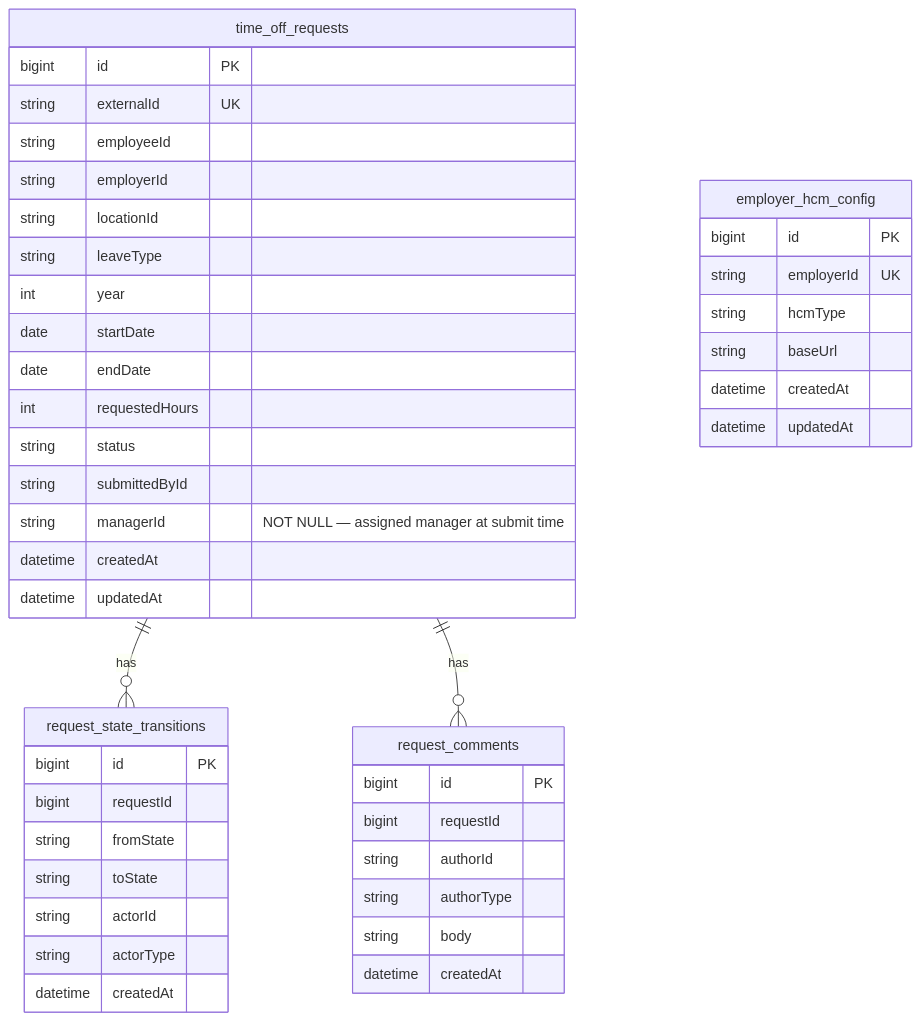
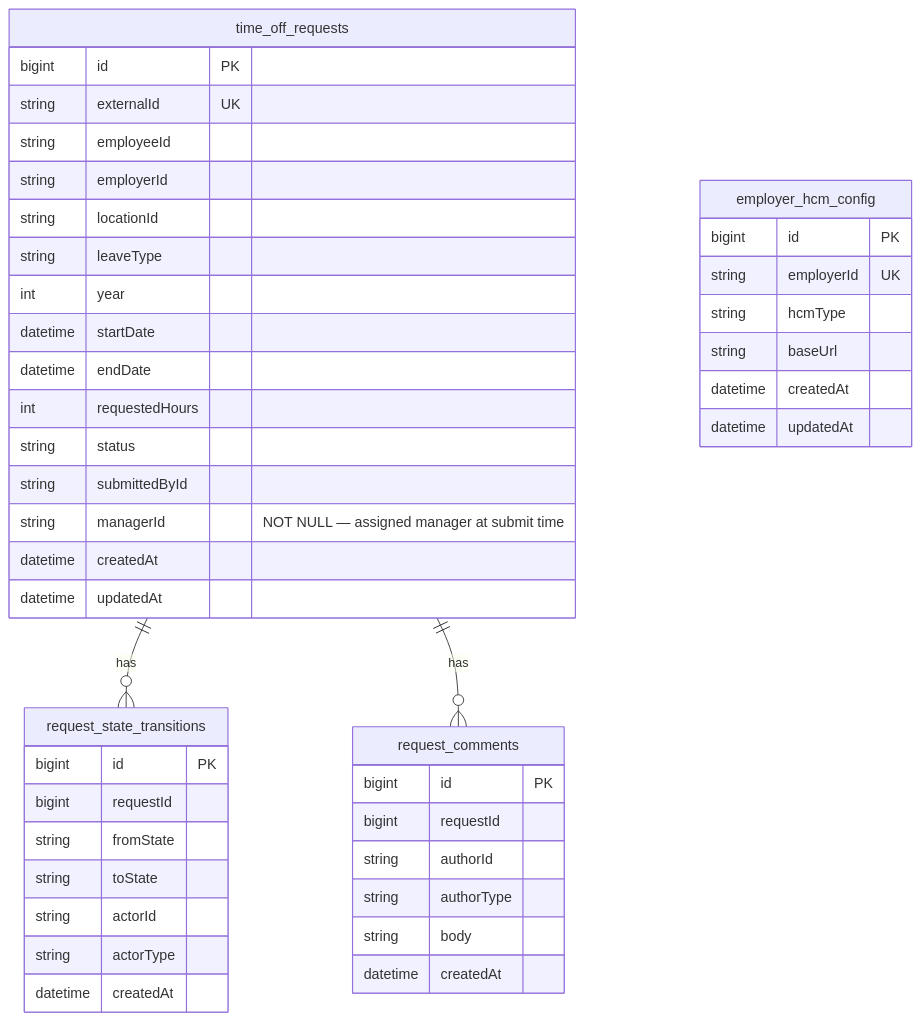
Before and after one commit to jayanth-veeravalli/time-off-service: the second of 10 diagrams in docs/TRD.md, drawn with Mermaid. The commit also changed other lines of this file and 39 other files, not shown here.

````diff
--- a/docs/TRD.md
+++ b/docs/TRD.md
@@ -321,51 +236,51 @@
 ```mermaid
 erDiagram
     time_off_requests {
         bigint id PK
         string externalId UK
         string employeeId
         string employerId
         string locationId
         string leaveType
         int year
-        date startDate
-        date endDate
+        datetime startDate
+        datetime endDate
         int requestedHours
         string status
         string submittedById
         string managerId "NOT NULL — assigned manager at submit time"
         datetime createdAt
         datetime updatedAt
     }
 
     request_state_transitions {
         bigint id PK
         bigint requestId
         string fromState
         string toState
         string actorId
         string actorType
         datetime createdAt
     }
 
     request_comments {
         bigint id PK
         bigint requestId
         string authorId
         string authorType
         string body
         datetime createdAt
     }
 
     employer_hcm_config {
         bigint id PK
         string employerId UK
         string hcmType
         string baseUrl
         datetime createdAt
         datetime updatedAt
     }
 
     time_off_requests ||--o{ request_state_transitions : "has"
     time_off_requests ||--o{ request_comments : "has"
 ```
````
